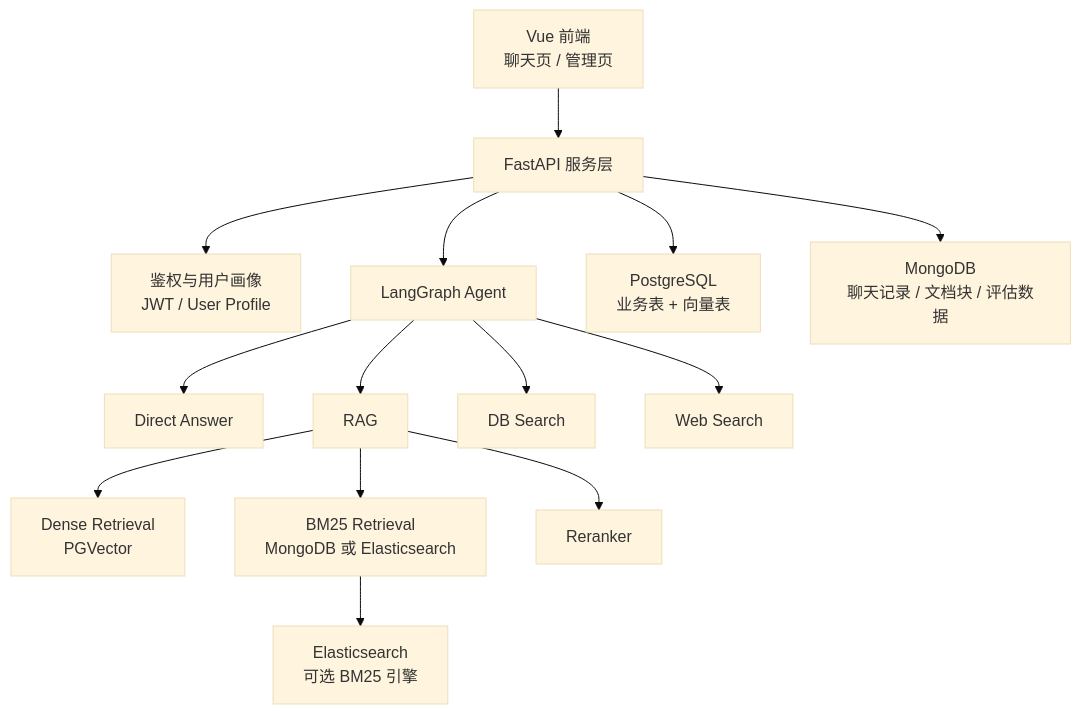
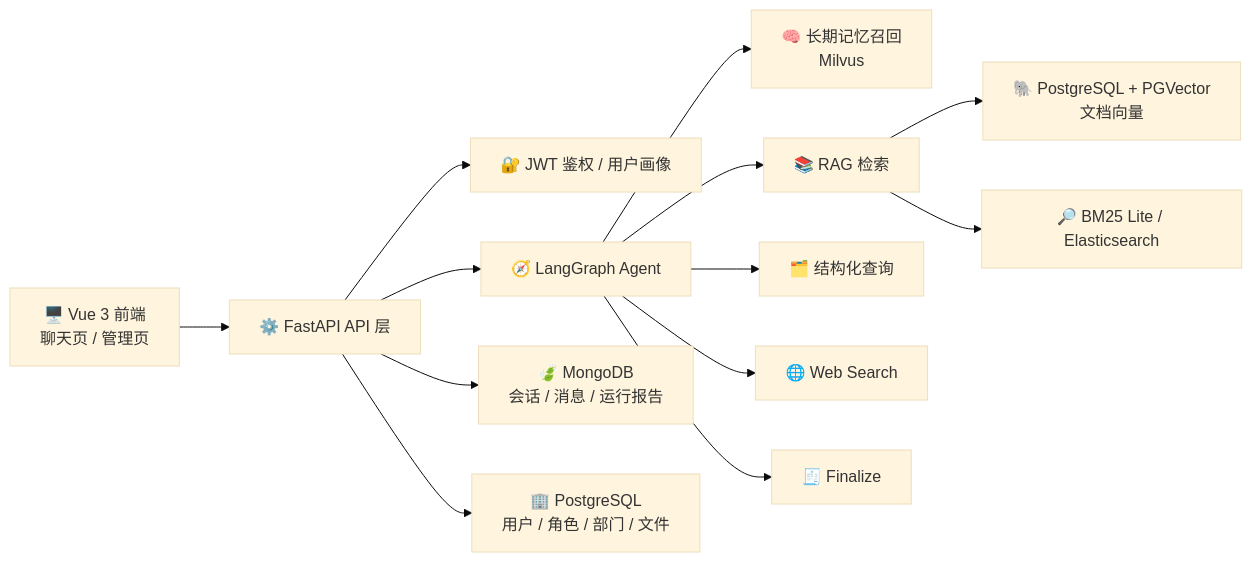
One commit to edenxie-xgk/enterprise-repository changed the diagram in README.md. Above: the diagram before and after it, drawn with Mermaid (base theme). The commit also changed other lines of this file and 11 other files, not shown here.

````diff
--- a/README.md
+++ b/README.md
@@ -39,16 +56,18 @@
 ```mermaid
-flowchart TD
-    A["Vue 前端<br/>聊天页 / 管理页"] --> B["FastAPI 服务层"]
-    B --> C["鉴权与用户画像<br/>JWT / User Profile"]
-    B --> D["LangGraph Agent"]
-    D --> E["Direct Answer"]
-    D --> F["RAG"]
-    D --> G["DB Search"]
-    D --> H["Web Search"]
-    F --> I["Dense Retrieval<br/>PGVector"]
-    F --> J["BM25 Retrieval<br/>MongoDB 或 Elasticsearch"]
-    F --> K["Reranker"]
-    B --> L["PostgreSQL<br/>业务表 + 向量表"]
-    B --> M["MongoDB<br/>聊天记录 / 文档块 / 评估数据"]
-    J --> N["Elasticsearch<br/>可选 BM25 引擎"]
+flowchart LR
+    UI["🖥️ Vue 3 前端<br/>聊天页 / 管理页"] --> API["⚙️ FastAPI API 层"]
+    API --> AUTH["🔐 JWT 鉴权 / 用户画像"]
+    API --> AGENT["🧭 LangGraph Agent"]
+
+    AGENT --> MEM["🧠 长期记忆召回<br/>Milvus"]
+    AGENT --> RAG["📚 RAG 检索"]
+    AGENT --> DB["🗂️ 结构化查询"]
+    AGENT --> WEB["🌐 Web Search"]
+    AGENT --> FINAL["🧾 Finalize"]
+
+    RAG --> PG["🐘 PostgreSQL + PGVector<br/>文档向量"]
+    RAG --> BM25["🔎 BM25 Lite / Elasticsearch"]
+
+    API --> MONGO["🍃 MongoDB<br/>会话 / 消息 / 运行报告"]
+    API --> BIZ["🏢 PostgreSQL<br/>用户 / 角色 / 部门 / 文件"]
 ```
````
